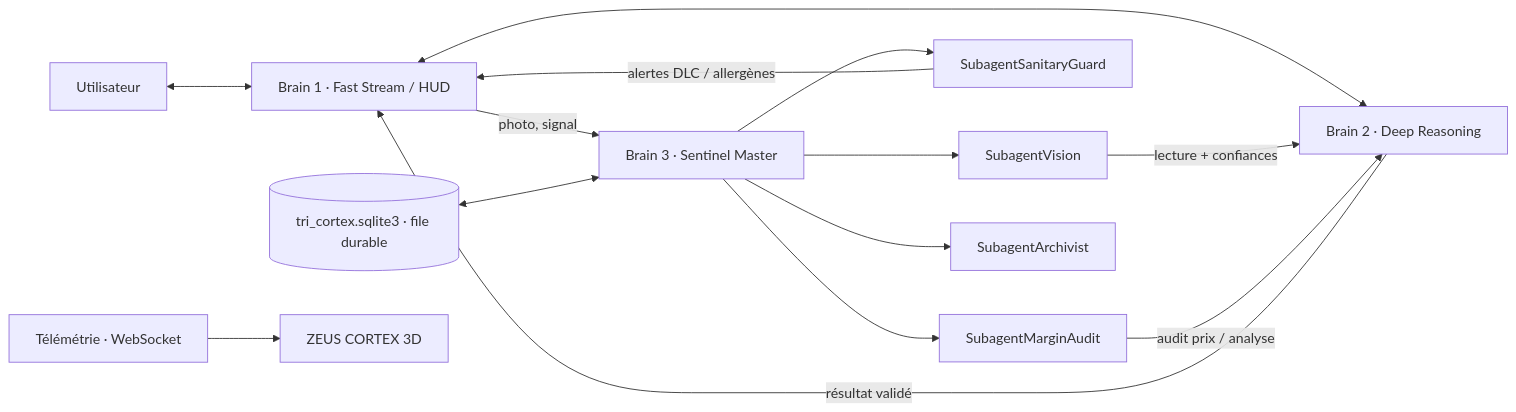
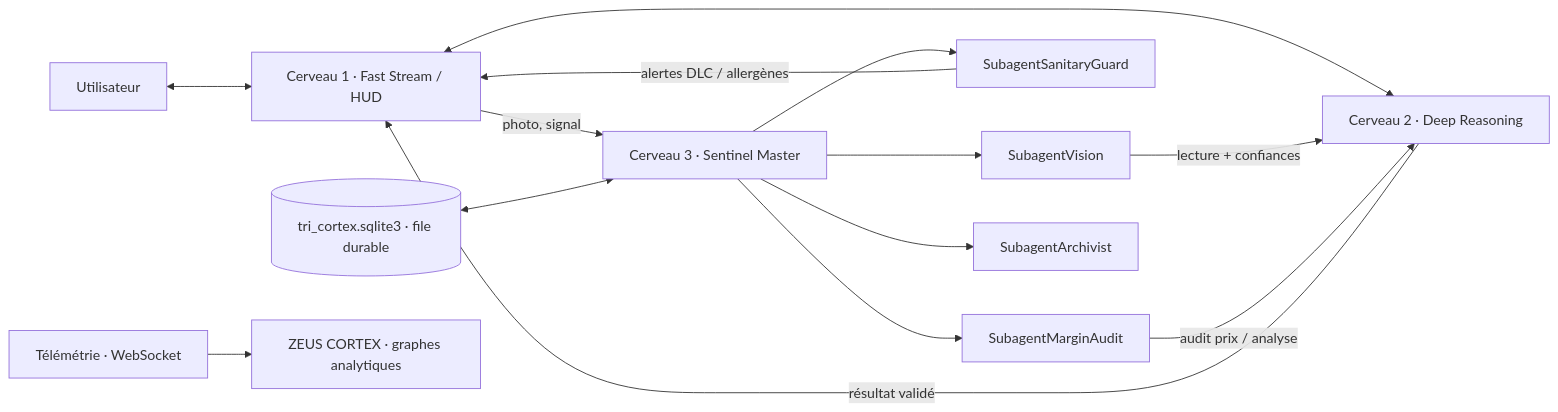
One commit to bleudpart/sirius changed the diagram in docs/tri-cortex.md. Above: the diagram before and after it, drawn with Mermaid. The commit also changed other lines of this file and 25 other files, not shown here.

First line of the commit message:
feat(cortex): remplacer le graphe 3D par trois graphiques analytiques Cerveau

````diff
--- a/docs/tri-cortex.md
+++ b/docs/tri-cortex.md
@@ -26,16 +27,16 @@
 ```mermaid
 flowchart LR
-    U["Utilisateur"] <--> B1["Brain 1 · Fast Stream / HUD"]
-    B1 <--> B2["Brain 2 · Deep Reasoning"]
-    B1 -- "photo, signal" --> B3["Brain 3 · Sentinel Master"]
+    U["Utilisateur"] <--> B1["Cerveau 1 · Fast Stream / HUD"]
+    B1 <--> B2["Cerveau 2 · Deep Reasoning"]
+    B1 -- "photo, signal" --> B3["Cerveau 3 · Sentinel Master"]
     B3 --> V["SubagentVision"]
     B3 --> S["SubagentSanitaryGuard"]
     B3 --> M["SubagentMarginAudit"]
     B3 --> A["SubagentArchivist"]
     V -- "lecture + confiances" --> B2
     M -- "audit prix / analyse" --> B2
     B2 -- "résultat validé" --> B1
     S -- "alertes DLC / allergènes" --> B1
     Q[("tri_cortex.sqlite3 · file durable")] <--> B3
-    T["Télémétrie · WebSocket"] --> Z["ZEUS CORTEX 3D"]
+    T["Télémétrie · WebSocket"] --> Z["ZEUS CORTEX · graphes analytiques"]
 ```
````
